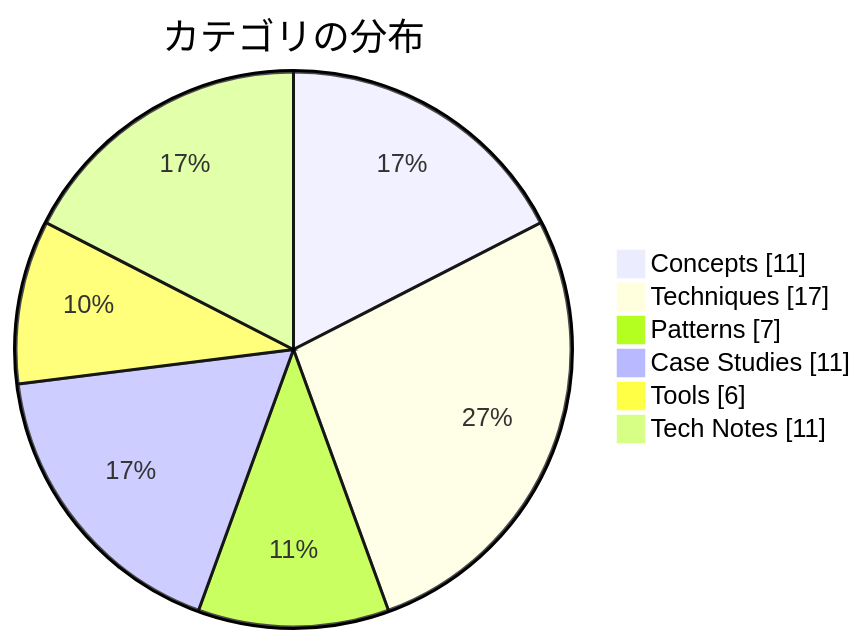
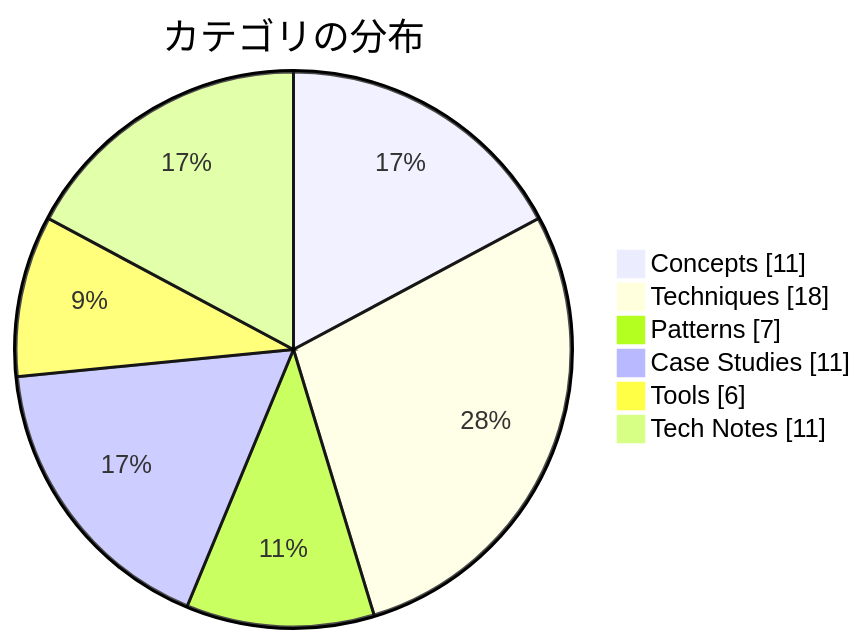
One commit to dinekt/dinekt-wiki changed the second of 2 diagrams in docs/index.md. Above: the diagram before and after it, drawn with Mermaid. The commit also changed other lines of this file and 9 other files, not shown here.

````diff
--- a/docs/index.md
+++ b/docs/index.md
@@ -37,9 +37,9 @@
 ```mermaid
 pie showData title カテゴリの分布
     "Concepts" : 11
-    "Techniques" : 17
+    "Techniques" : 18
     "Patterns" : 7
     "Case Studies" : 11
     "Tools" : 6
     "Tech Notes" : 11
 ```
````
